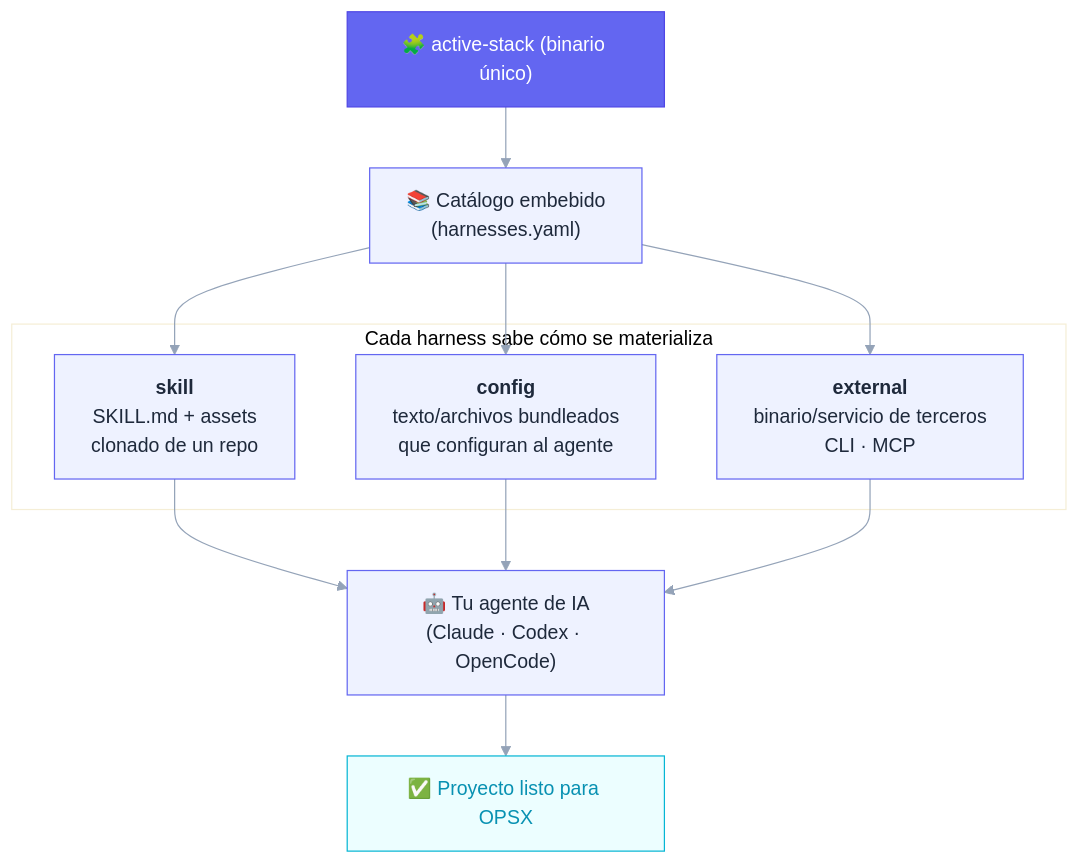
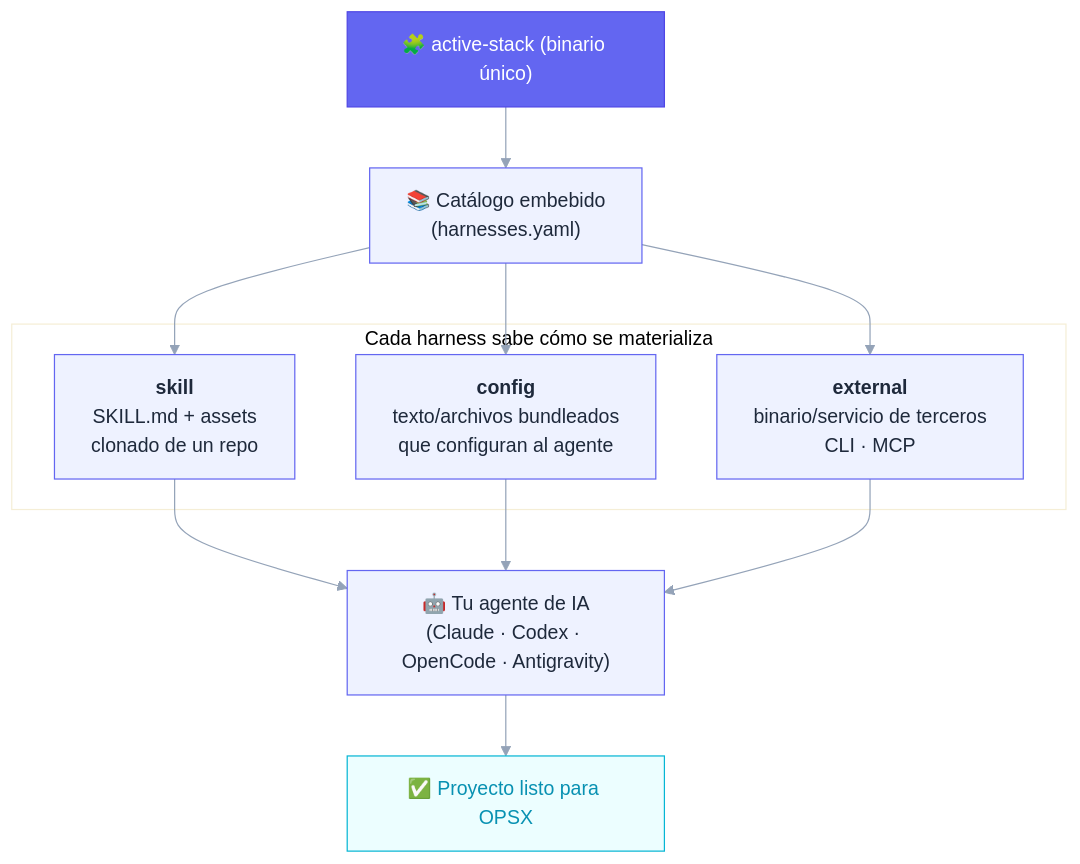
One commit to Group-Active-IA/active-stack changed the first of 3 diagrams in README.md. Above: the diagram before and after it, drawn with Mermaid. The commit also changed other lines of this file and 16 other files, not shown here.

````diff
--- a/README.md
+++ b/README.md
@@ -42,25 +42,25 @@
 ```mermaid
 %%{init: {'theme':'base','themeVariables':{'primaryColor':'#eef2ff','primaryBorderColor':'#6366f1','primaryTextColor':'#1e293b','lineColor':'#94a3b8','fontFamily':'sans-serif'}}}%%
 flowchart TD
     BIN["🧩 active-stack (binario único)"] --> CAT["📚 Catálogo embebido<br/>(harnesses.yaml)"]
     CAT --> T1
     CAT --> T2
     CAT --> T3
 
     subgraph TIPOS["Cada harness sabe cómo se materializa"]
         T1["<b>skill</b><br/>SKILL.md + assets<br/>clonado de un repo"]
         T2["<b>config</b><br/>texto/archivos bundleados<br/>que configuran al agente"]
         T3["<b>external</b><br/>binario/servicio de terceros<br/>CLI · MCP"]
     end
 
-    T1 --> AG["🤖 Tu agente de IA<br/>(Claude · Codex · OpenCode)"]
+    T1 --> AG["🤖 Tu agente de IA<br/>(Claude · Codex · OpenCode · Antigravity)"]
     T2 --> AG
     T3 --> AG
 
     AG --> OPSX["✅ Proyecto listo para OPSX"]
 
     classDef bin fill:#6366f1,color:#fff,stroke:#4f46e5;
     classDef ok fill:#ecfeff,color:#0891b2,stroke:#06b6d4;
     class BIN bin;
     class OPSX ok;
 ```
````
